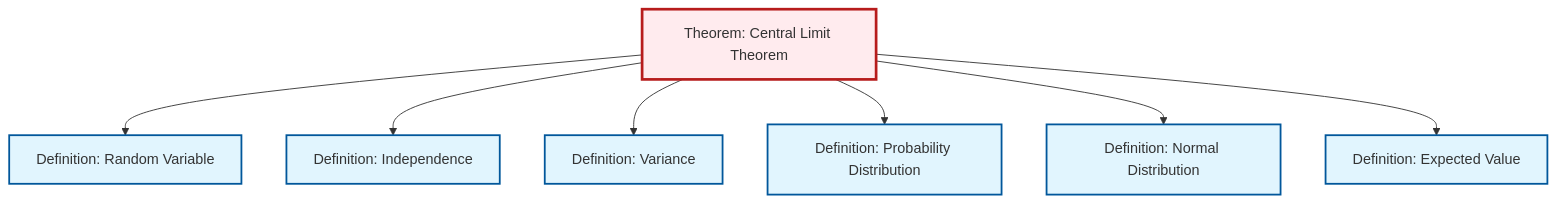
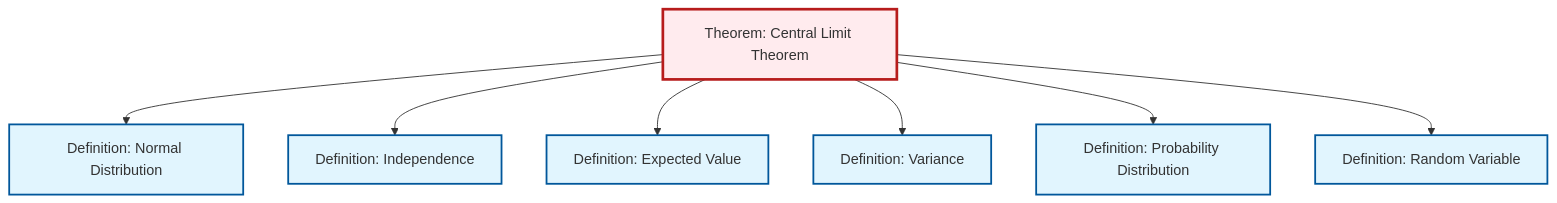
One commit to RK0429/ModernMath changed the second of 2 diagrams in content/ja/probability-statistics/thm-central-limit.qmd. Above: the diagram before and after it, drawn with Mermaid. The commit also changed other lines of this file and 654 other files, not shown here.

````diff
--- a/content/ja/probability-statistics/thm-central-limit.qmd
+++ b/content/ja/probability-statistics/thm-central-limit.qmd
@@ -112,29 +112,29 @@
 ```{mermaid}
 %%| fig-cap: "Local dependency graph"
 graph TD
     classDef definition fill:#e1f5fe,stroke:#01579b,stroke-width:2px
     classDef theorem fill:#f3e5f5,stroke:#4a148c,stroke-width:2px
     classDef axiom fill:#fff3e0,stroke:#e65100,stroke-width:2px
     classDef example fill:#e8f5e9,stroke:#1b5e20,stroke-width:2px
     classDef current fill:#ffebee,stroke:#b71c1c,stroke-width:3px
+    def-expectation["Definition: Expected Value"]:::definition
+    def-normal-distribution["Definition: Normal Distribution"]:::definition
+    def-probability-distribution["Definition: Probability Distribution"]:::definition
+    def-variance["Definition: Variance"]:::definition
+    def-random-variable["Definition: Random Variable"]:::definition
+    thm-central-limit["Theorem: Central Limit Theorem"]:::theorem
     def-independence["Definition: Independence"]:::definition
-    thm-central-limit["Theorem: Central Limit Theorem"]:::theorem
-    def-expectation["Definition: Expected Value"]:::definition
-    def-variance["Definition: Variance"]:::definition
-    def-probability-distribution["Definition: Probability Distribution"]:::definition
-    def-normal-distribution["Definition: Normal Distribution"]:::definition
-    def-random-variable["Definition: Random Variable"]:::definition
-    thm-central-limit --> def-random-variable
+    thm-central-limit --> def-normal-distribution
     thm-central-limit --> def-independence
+    thm-central-limit --> def-expectation
     thm-central-limit --> def-variance
     thm-central-limit --> def-probability-distribution
-    thm-central-limit --> def-normal-distribution
-    thm-central-limit --> def-expectation
+    thm-central-limit --> def-random-variable
     class thm-central-limit current
+    click def-expectation "def-expectation.html" "Definition: Expected Valueへ"
+    click def-normal-distribution "def-normal-distribution.html" "Definition: Normal Distributionへ"
+    click def-probability-distribution "def-probability-distribution.html" "Definition: Probability Distributionへ"
+    click def-variance "def-variance.html" "Definition: Varianceへ"
+    click def-random-variable "def-random-variable.html" "Definition: Random Variableへ"
     click def-independence "def-independence.html" "Definition: Independenceへ"
-    click def-expectation "def-expectation.html" "Definition: Expected Valueへ"
-    click def-variance "def-variance.html" "Definition: Varianceへ"
-    click def-probability-distribution "def-probability-distribution.html" "Definition: Probability Distributionへ"
-    click def-normal-distribution "def-normal-distribution.html" "Definition: Normal Distributionへ"
-    click def-random-variable "def-random-variable.html" "Definition: Random Variableへ"
 ```
````
